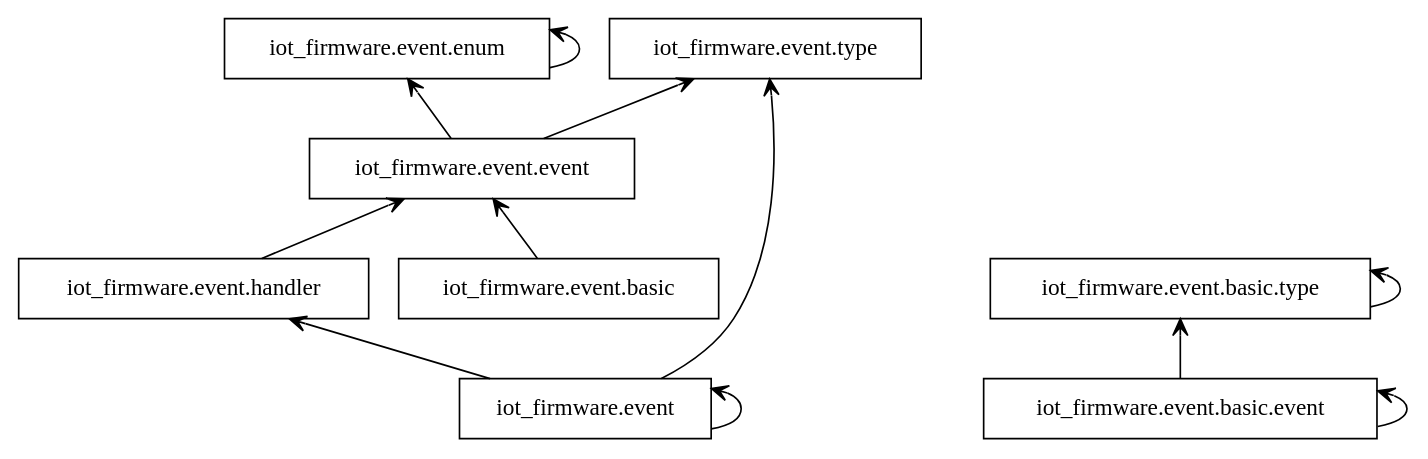
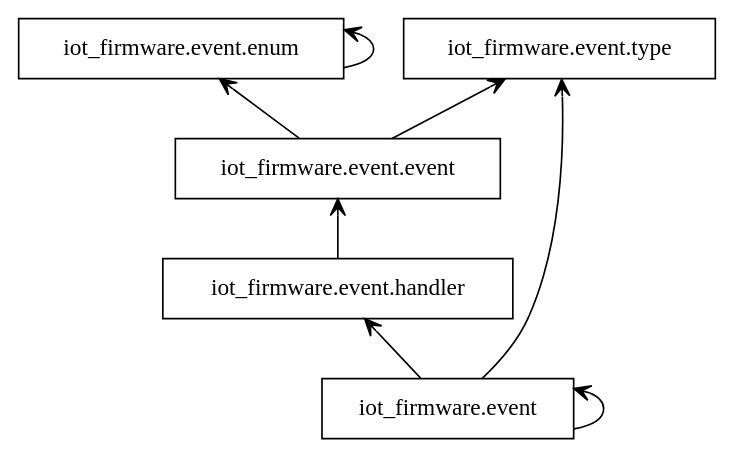
Before and after one commit to bonastreyair/iot-firmware: the diagram in docs/graphs/packages_event.dot, drawn with Graphviz. The commit also changed 17 other files, not shown here.

```diff
--- a/docs/graphs/packages_event.dot
+++ b/docs/graphs/packages_event.dot
@@ -1,23 +1,16 @@
 digraph "packages_event" {
 rankdir=BT
 charset="utf-8"
 "iot_firmware.event" [color="black", label="iot_firmware.event", shape="box", style="solid"];
-"iot_firmware.event.basic" [color="black", label="iot_firmware.event.basic", shape="box", style="solid"];
-"iot_firmware.event.basic.event" [color="black", label="iot_firmware.event.basic.event", shape="box", style="solid"];
-"iot_firmware.event.basic.type" [color="black", label="iot_firmware.event.basic.type", shape="box", style="solid"];
 "iot_firmware.event.enum" [color="black", label="iot_firmware.event.enum", shape="box", style="solid"];
 "iot_firmware.event.event" [color="black", label="iot_firmware.event.event", shape="box", style="solid"];
 "iot_firmware.event.handler" [color="black", label="iot_firmware.event.handler", shape="box", style="solid"];
 "iot_firmware.event.type" [color="black", label="iot_firmware.event.type", shape="box", style="solid"];
 "iot_firmware.event" -> "iot_firmware.event" [arrowhead="open", arrowtail="none"];
 "iot_firmware.event" -> "iot_firmware.event.handler" [arrowhead="open", arrowtail="none"];
 "iot_firmware.event" -> "iot_firmware.event.type" [arrowhead="open", arrowtail="none"];
-"iot_firmware.event.basic" -> "iot_firmware.event.event" [arrowhead="open", arrowtail="none"];
-"iot_firmware.event.basic.event" -> "iot_firmware.event.basic.event" [arrowhead="open", arrowtail="none"];
-"iot_firmware.event.basic.event" -> "iot_firmware.event.basic.type" [arrowhead="open", arrowtail="none"];
-"iot_firmware.event.basic.type" -> "iot_firmware.event.basic.type" [arrowhead="open", arrowtail="none"];
 "iot_firmware.event.enum" -> "iot_firmware.event.enum" [arrowhead="open", arrowtail="none"];
 "iot_firmware.event.event" -> "iot_firmware.event.enum" [arrowhead="open", arrowtail="none"];
 "iot_firmware.event.event" -> "iot_firmware.event.type" [arrowhead="open", arrowtail="none"];
 "iot_firmware.event.handler" -> "iot_firmware.event.event" [arrowhead="open", arrowtail="none"];
 }
```
